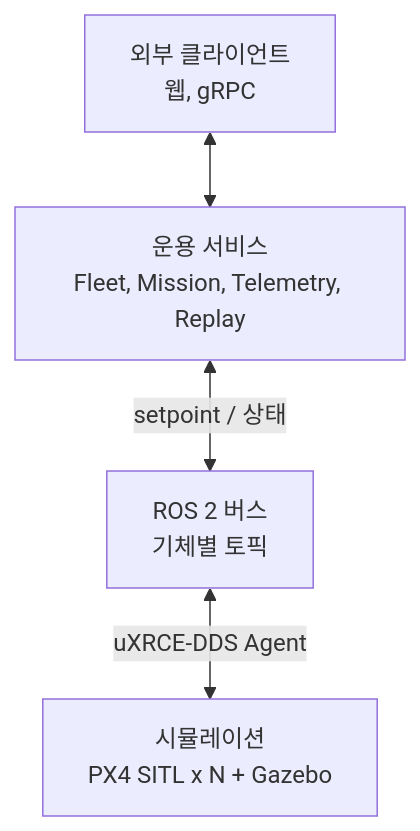
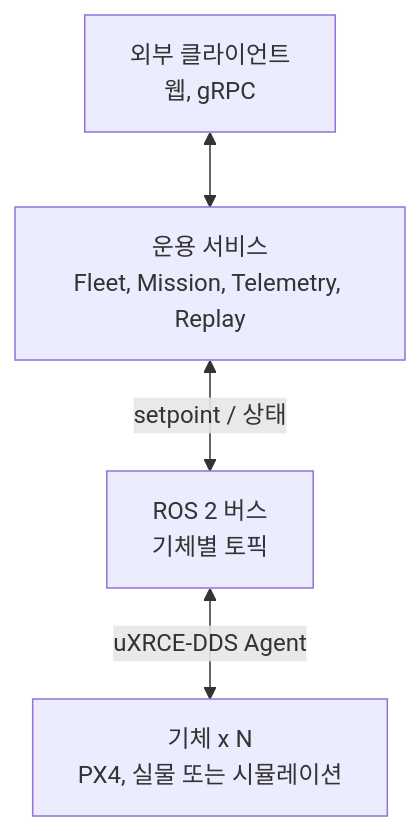
The first of 10 diagrams in docs/architecture.md (danielhongwoo/idsim), drawn with Mermaid before and after one commit. The commit also changed other lines of this file, not shown here.

First line of the commit message:
architecture.md의 전체 아키텍처 절을 실기체 기준으로 고쳐 쓴다

````diff
--- a/docs/architecture.md
+++ b/docs/architecture.md
@@ -28,10 +28,10 @@
 ```mermaid
 flowchart TB
   OPS["운용 서비스<br/>Fleet, Mission, Telemetry, Replay"]
   BUS["ROS 2 버스<br/>기체별 토픽"]
-  SIM["시뮬레이션<br/>PX4 SITL x N + Gazebo"]
+  VEH["기체 x N<br/>PX4, 실물 또는 시뮬레이션"]
   EXT["외부 클라이언트<br/>웹, gRPC"]
   EXT <--> OPS
   OPS <-->|"setpoint / 상태"| BUS
-  BUS <-->|"uXRCE-DDS Agent"| SIM
+  BUS <-->|"uXRCE-DDS Agent"| VEH
 ```
````
